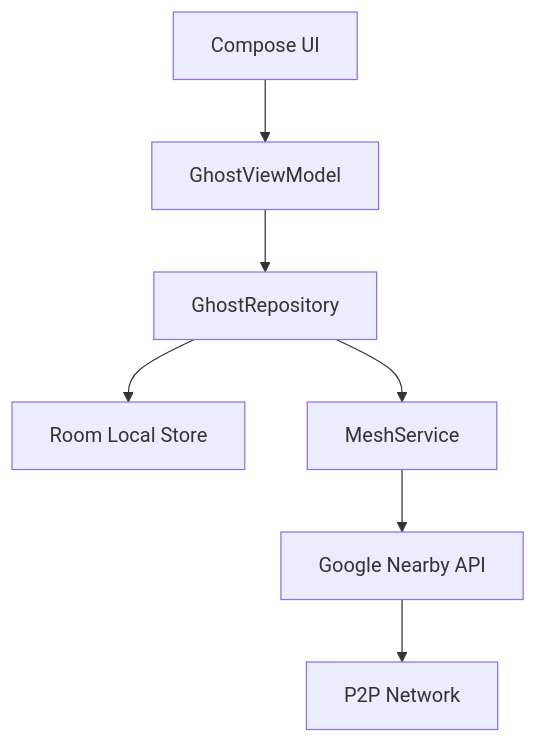
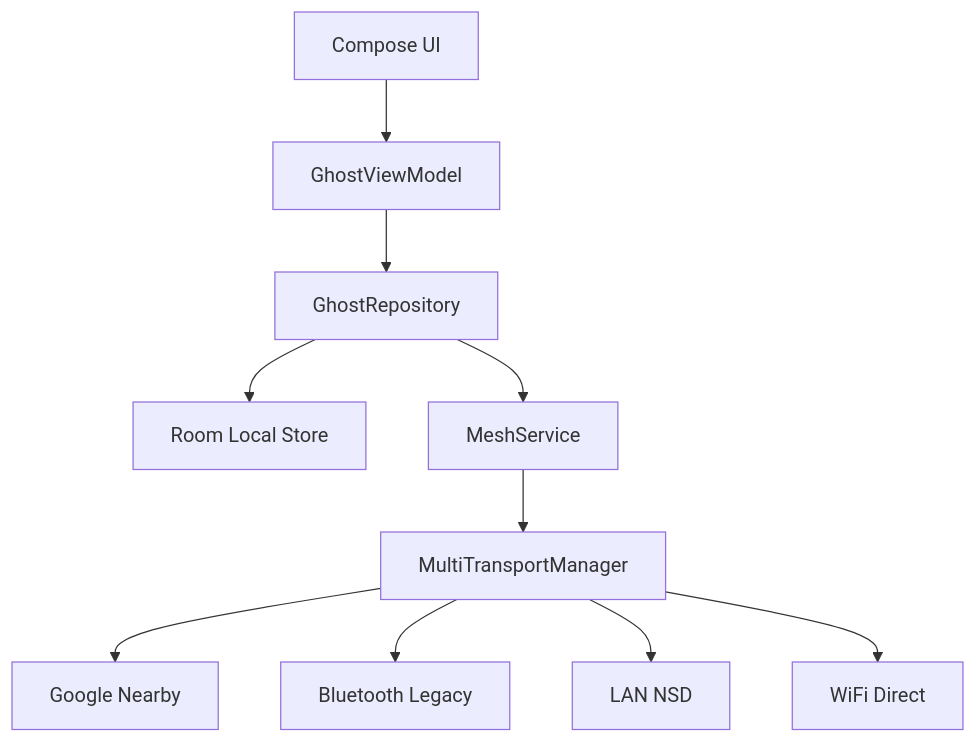
Before and after one commit to Yussefgafer/ChateX: the diagram in README.md, drawn with Mermaid. The commit also changed other lines of this file and 6 other files, not shown here.

First line of the commit message:
feat: High-fidelity Material 3 overhaul with simultaneous multi-transport networking

````diff
--- a/README.md
+++ b/README.md
@@ -60,9 +40,12 @@
 ```mermaid
 graph TD
     A[Compose UI] --> B[GhostViewModel]
     B --> C[GhostRepository]
     C --> D[Room Local Store]
     C --> E[MeshService]
-    E --> F[Google Nearby API]
-    F --> G[P2P Network]
+    E --> F[MultiTransportManager]
+    F --> G1[Google Nearby]
+    F --> G2[Bluetooth Legacy]
+    F --> G3[LAN NSD]
+    F --> G4[WiFi Direct]
 ```
````
